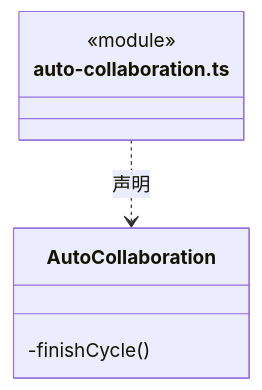
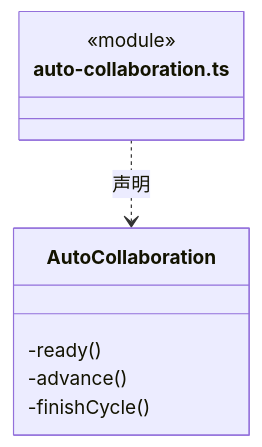
The fourth of 38 diagrams in src/backend/scheduler-engine/execution/ARCHITECTURE.md (nan023062/cbim), drawn with Mermaid before and after one commit. The commit also changed other lines of this file and 53 other files, not shown here.

````diff
--- a/src/backend/scheduler-engine/execution/ARCHITECTURE.md
+++ b/src/backend/scheduler-engine/execution/ARCHITECTURE.md
@@ -143,10 +144,12 @@
 ```mermaid
 classDiagram
 class N_src_backend_scheduler_engine_execution_auto_collaboration_ts["auto-collaboration.ts"] {
   <<module>>
 }
 class N_src_backend_scheduler_engine_execution_auto_collaboration_ts_AutoCollaboration["AutoCollaboration"] {
+  -ready()
+  -advance()
   -finishCycle()
 }
 N_src_backend_scheduler_engine_execution_auto_collaboration_ts ..> N_src_backend_scheduler_engine_execution_auto_collaboration_ts_AutoCollaboration : 声明
 ```
````
